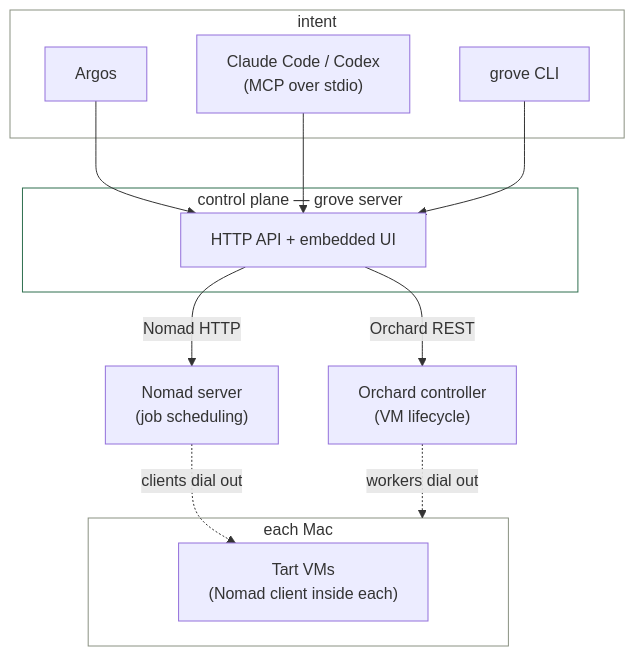
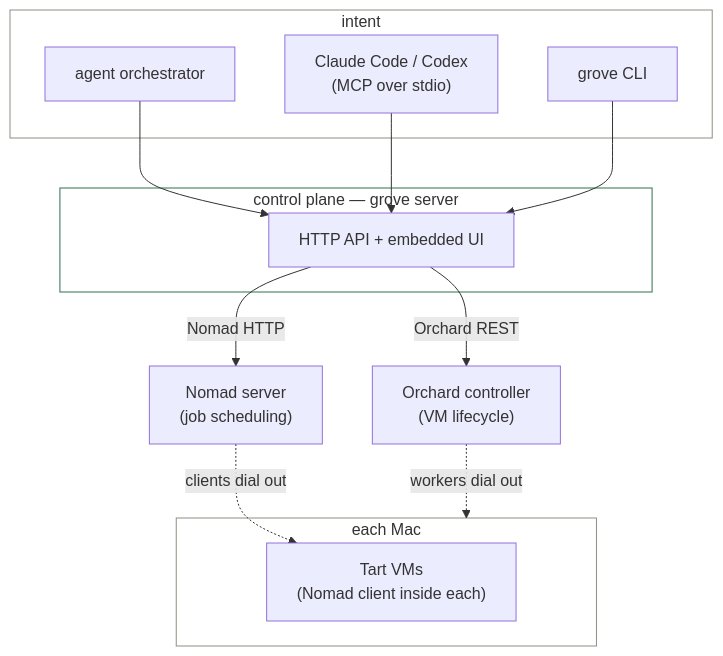
One commit to gm2211/grove changed the diagram in README.md. Above: the diagram before and after it, drawn with Mermaid. The commit also changed other lines of this file and 10 other files, not shown here.

First line of the commit message:
docs: replace Argos references with generic "agent orchestrator" (#34)

````diff
--- a/README.md
+++ b/README.md
@@ -82,26 +83,26 @@
 ```mermaid
 flowchart TB
     subgraph intent["intent"]
-        argos["Argos"]
+        orch["agent orchestrator"]
         mcp["Claude Code / Codex\n(MCP over stdio)"]
         cli["grove CLI"]
     end
     subgraph cp["control plane — grove server"]
         api["HTTP API + embedded UI"]
     end
     orchard["Orchard controller\n(VM lifecycle)"]
     nomad["Nomad server\n(job scheduling)"]
     subgraph mac["each Mac"]
         tart["Tart VMs\n(Nomad client inside each)"]
     end
 
-    argos & mcp & cli --> api
+    orch & mcp & cli --> api
     api -- Orchard REST --> orchard
     api -- Nomad HTTP --> nomad
     orchard -. workers dial out .-> mac
     nomad -. clients dial out .-> tart
 
     style intent fill:transparent,stroke:#8a9182
     style cp fill:transparent,stroke:#2f6f4f
     style mac fill:transparent,stroke:#8a9182
 ```
````
